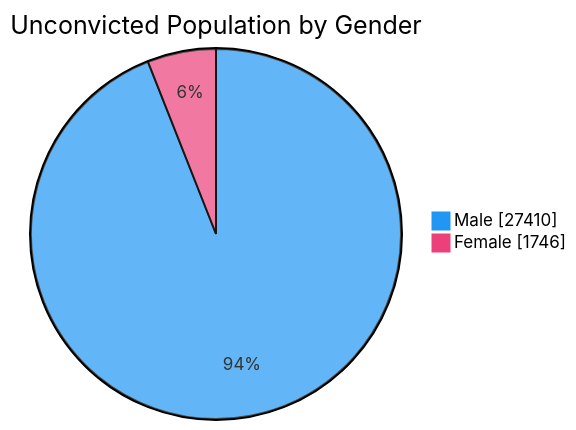
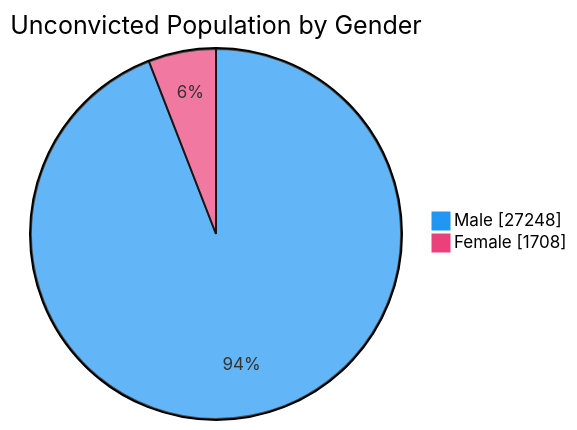
The fourth of 7 diagrams in README.md (nuuuwan/lk_prisons), drawn with Mermaid before and after one commit. The commit also changed other lines of this file and 1 other file, not shown here.

````diff
--- a/README.md
+++ b/README.md
@@ -76,6 +76,6 @@
 ```mermaid
 %%{init: {'themeVariables': {'pie1': '#2196F3', 'pie2': '#EC407A'}}}%%
 pie showData title Unconvicted Population by Gender
-    "Male" : 27410
-    "Female" : 1746
+    "Male" : 27248
+    "Female" : 1708
 ```
````
